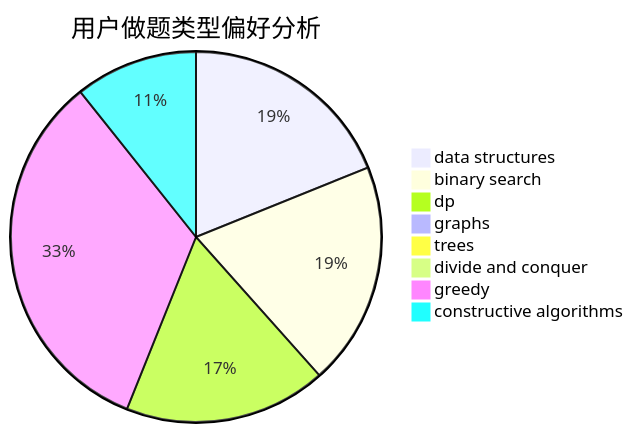
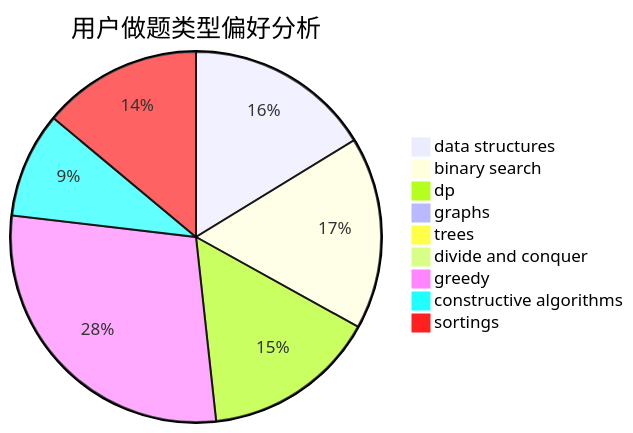
Before and after one commit to sherpahu/cfrs.github.io: the second of 3 diagrams in docs/user/u612.md, drawn with Mermaid. The commit also changed other lines of this file and 2769 other files, not shown here.

````diff
--- a/docs/user/u612.md
+++ b/docs/user/u612.md
@@ -23,11 +18,12 @@
 ```mermaid
 pie title 用户做题类型偏好分析
     "data structures" :  510
     "binary search" :  527
     "dp" :  477
     "graphs" :  27
     "trees" :  0
     "divide and conquer" :  0
     "greedy" :  897
     "constructive algorithms" :  289
+    "sortings" :  437
 ```
````
